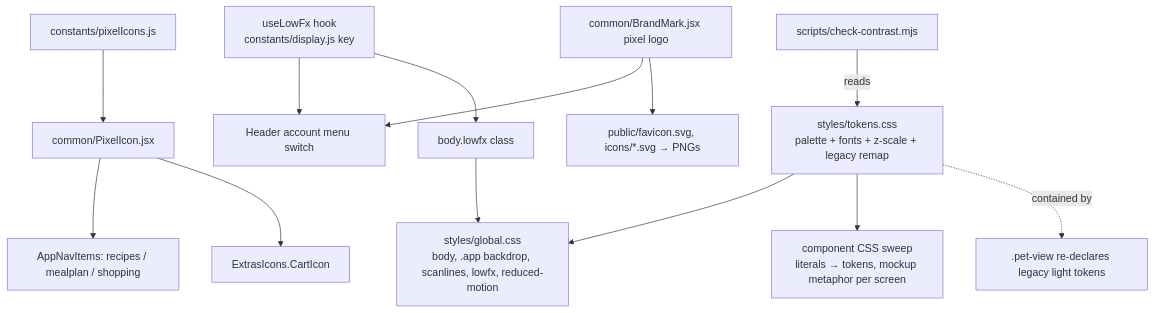
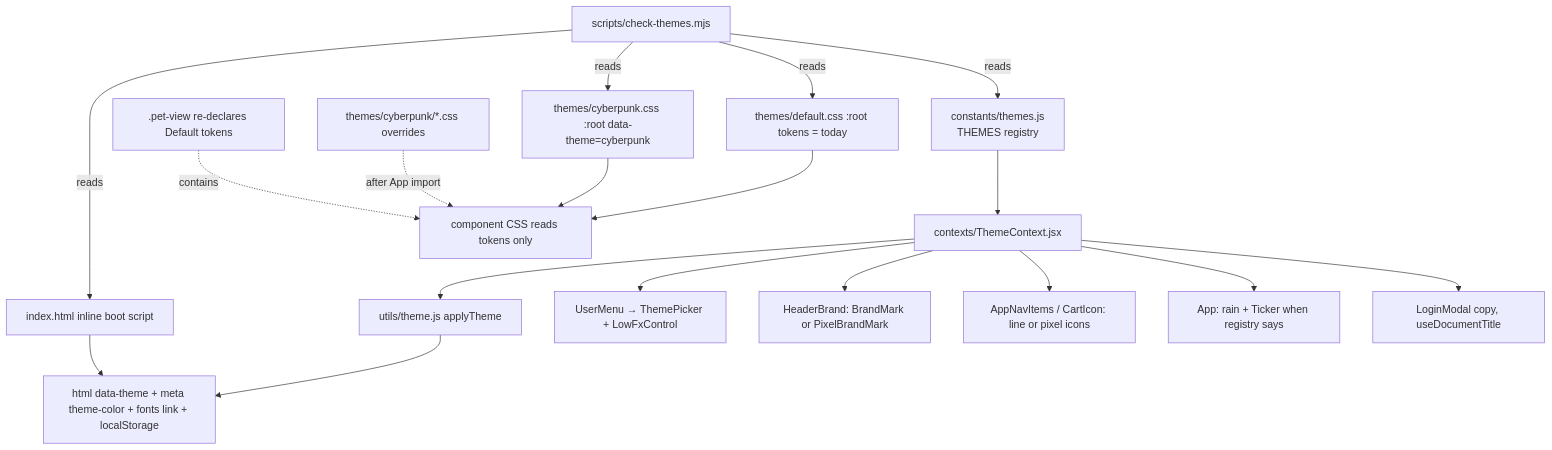
One commit to amazerbeam/The-Pre-Aisle-Plan changed the diagram in .claude/contract/2026-11-14-cyberpunk-reskin/plan.md. Above: the diagram before and after it, drawn with Mermaid. The commit also changed other lines of this file and 95 other files, not shown here.

````diff
--- a/.claude/contract/2026-11-14-cyberpunk-reskin/plan.md
+++ b/.claude/contract/2026-11-14-cyberpunk-reskin/plan.md
@@ -90,15 +99,17 @@
 ```mermaid
 flowchart TD
-  T[styles/tokens.css<br/>palette + fonts + z-scale + legacy remap] --> G[styles/global.css<br/>body, .app backdrop, scanlines, lowfx, reduced-motion]
-  T --> C[component CSS sweep<br/>literals → tokens, mockup metaphor per screen]
-  T -.contained by.-> P[.pet-view re-declares legacy light tokens]
-  H[useLowFx hook<br/>constants/display.js key] --> HD[Header account menu switch]
-  H --> B[body.lowfx class]
-  B --> G
-  I[constants/pixelIcons.js] --> PI[common/PixelIcon.jsx]
-  PI --> NAV[AppNavItems: recipes / mealplan / shopping]
-  PI --> EX[ExtrasIcons.CartIcon]
-  BM[common/BrandMark.jsx pixel logo] --> HD
-  BM --> PUB[public/favicon.svg, icons/*.svg → PNGs]
-  CC[scripts/check-contrast.mjs] -->|reads| T
+  REG[constants/themes.js<br/>THEMES registry] --> CTX[contexts/ThemeContext.jsx]
+  UT[utils/theme.js applyTheme] --> HTML[html data-theme + meta theme-color + fonts link + localStorage]
+  BOOT[index.html inline boot script] --> HTML
+  CTX --> UT
+  CTX --> UM[UserMenu → ThemePicker + LowFxControl]
+  CTX --> HB[HeaderBrand: BrandMark or PixelBrandMark]
+  CTX --> NAV[AppNavItems / CartIcon: line or pixel icons]
+  CTX --> APP[App: rain + Ticker when registry says]
+  CTX --> LM[LoginModal copy, useDocumentTitle]
+  D[themes/default.css :root tokens = today] --> CSS[component CSS reads tokens only]
+  C[themes/cyberpunk.css :root data-theme=cyberpunk] --> CSS
+  O[themes/cyberpunk/*.css overrides] -.after App import.-> CSS
+  P[.pet-view re-declares Default tokens] -.contains.-> CSS
+  CHK[scripts/check-themes.mjs] -->|reads| D & C & REG & BOOT
 ```
````
